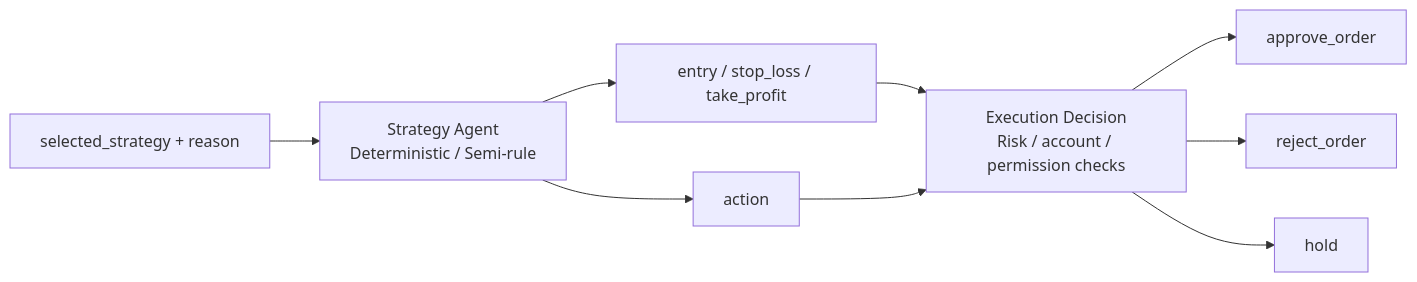
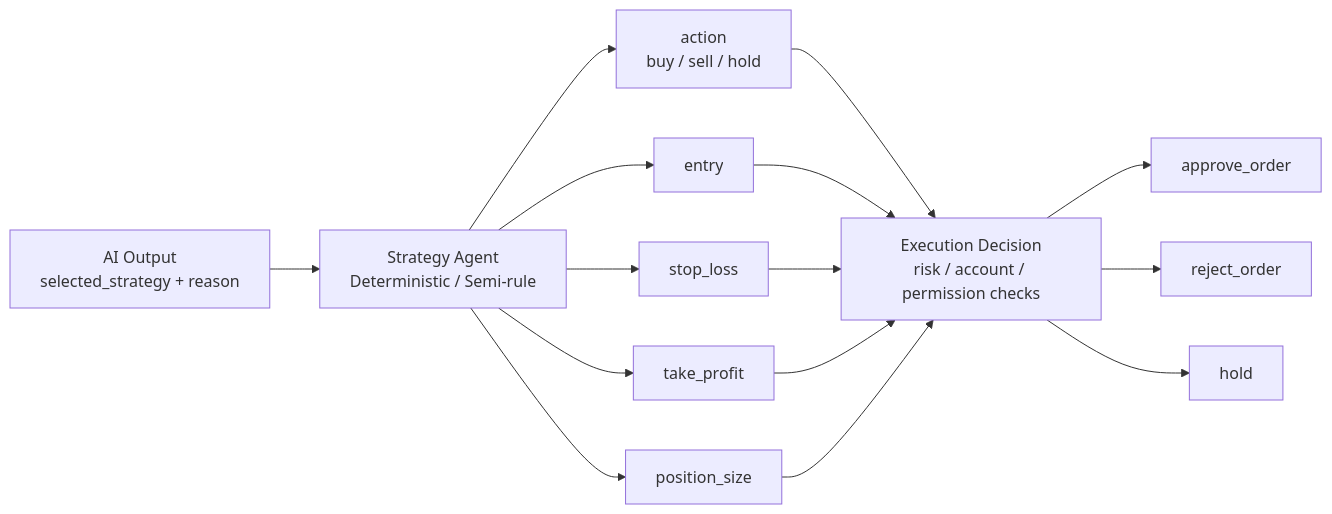
Before and after one commit to Yuqian-He/agentic-trading-workflow: the ninth of 9 diagrams in README.md, drawn with Mermaid. The commit also changed other lines of this file, not shown here.

````diff
--- a/README.md
+++ b/README.md
@@ -122,11 +166,20 @@
 ```mermaid
 graph LR
-    HOUT["selected_strategy + reason"] --> I
-    I[Strategy Agent<br/>Deterministic / Semi-rule] --> P1["action"]
-    I --> P2["entry / stop_loss / take_profit"]
-    P2 --> J
-    P1 --> J
-    J[Execution Decision<br/>Risk / account / permission checks] --> X1["approve_order"]
-    J --> X2["reject_order"]
-    J --> X3["hold"]
+    AI[AI Output<br/>selected_strategy + reason] --> SA
+
+    SA[Strategy Agent<br/>Deterministic / Semi-rule] --> A["action<br/>buy / sell / hold"]
+    SA --> E["entry"]
+    SA --> SL["stop_loss"]
+    SA --> TP["take_profit"]
+    SA --> SZ["position_size"]
+
+    A --> ED
+    E --> ED
+    SL --> ED
+    TP --> ED
+    SZ --> ED
+
+    ED[Execution Decision<br/>risk / account / permission checks] --> X1["approve_order"]
+    ED --> X2["reject_order"]
+    ED --> X3["hold"]
 ```
````
